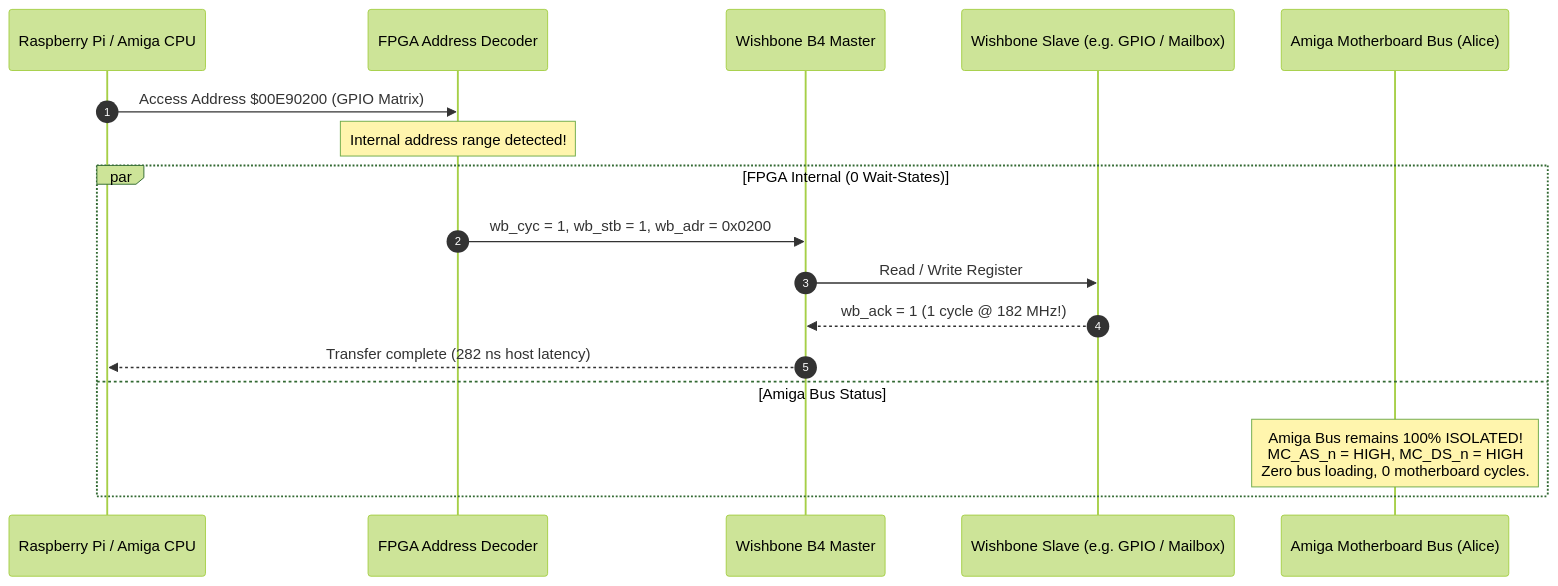
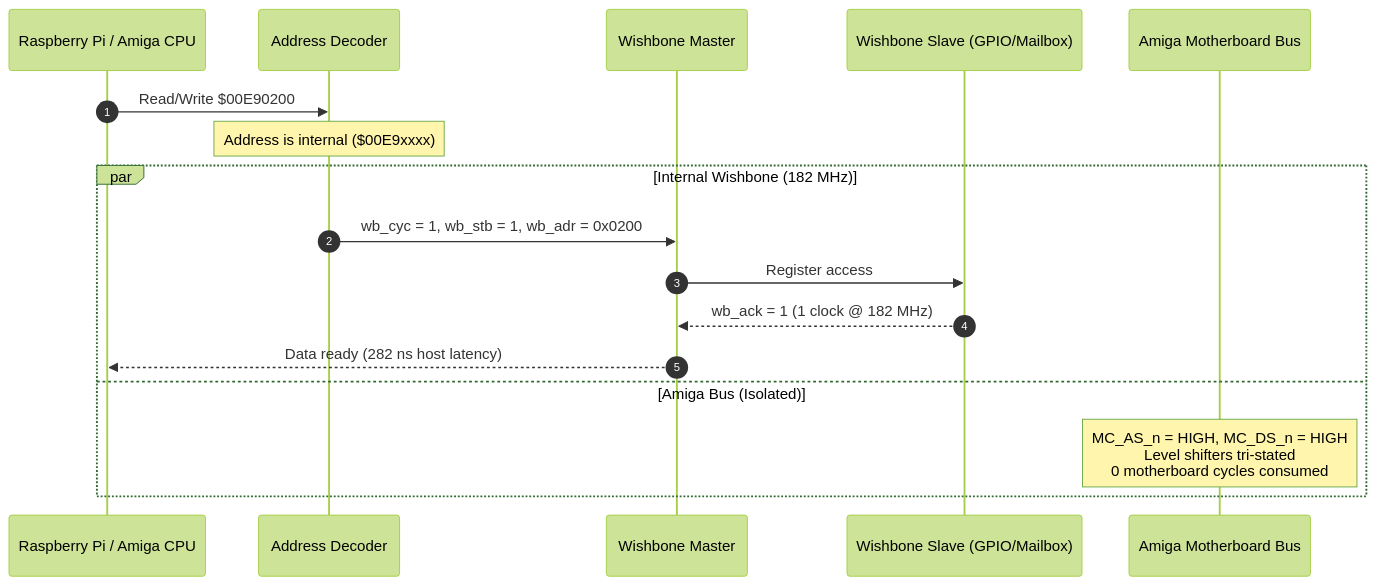
The fifth of 5 diagrams in DOCS/HOW_IT_WORKS.md (PiStorm/pistorm32-lite-gateware), drawn with Mermaid (forest theme) before and after one commit. The commit also changed other lines of this file and 10 other files, not shown here.

````diff
--- a/DOCS/HOW_IT_WORKS.md
+++ b/DOCS/HOW_IT_WORKS.md
@@ -211,21 +205,21 @@
 ```mermaid
 sequenceDiagram
     autonumber
     participant Pi as Raspberry Pi / Amiga CPU
-    participant Dec as FPGA Address Decoder
-    participant WB as Wishbone B4 Master
-    participant Slave as Wishbone Slave (e.g. GPIO / Mailbox)
-    participant Amiga as Amiga Motherboard Bus (Alice)
+    participant Dec as Address Decoder
+    participant WB as Wishbone Master
+    participant Slave as Wishbone Slave (GPIO/Mailbox)
+    participant Amiga as Amiga Motherboard Bus
 
-    Pi->>Dec: Access Address $00E90200 (GPIO Matrix)
-    Note over Dec: Internal address range detected!
+    Pi->>Dec: Read/Write $00E90200
+    Note over Dec: Address is internal ($00E9xxxx)
     
-    par FPGA Internal (0 Wait-States)
+    par Internal Wishbone (182 MHz)
         Dec->>WB: wb_cyc = 1, wb_stb = 1, wb_adr = 0x0200
-        WB->>Slave: Read / Write Register
-        Slave-->>WB: wb_ack = 1 (1 cycle @ 182 MHz!)
-        WB-->>Pi: Transfer complete (282 ns host latency)
-    and Amiga Bus Status
-        Note over Amiga: Amiga Bus remains 100% ISOLATED!<br/>MC_AS_n = HIGH, MC_DS_n = HIGH<br/>Zero bus loading, 0 motherboard cycles.
+        WB->>Slave: Register access
+        Slave-->>WB: wb_ack = 1 (1 clock @ 182 MHz)
+        WB-->>Pi: Data ready (282 ns host latency)
+    and Amiga Bus (Isolated)
+        Note over Amiga: MC_AS_n = HIGH, MC_DS_n = HIGH<br/>Level shifters tri-stated<br/>0 motherboard cycles consumed
     end
 ```
````
